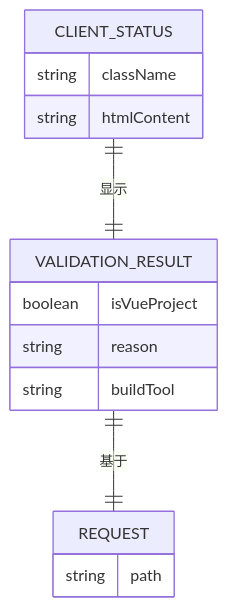
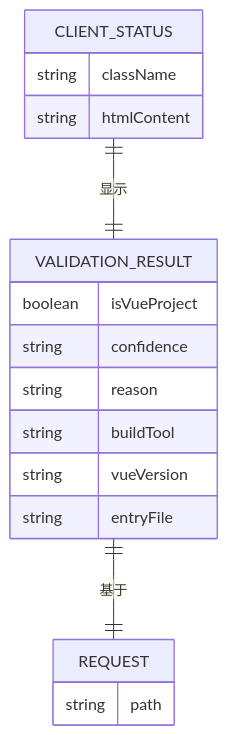
One commit to itszzl-sudo/iris changed the fifth of 7 diagrams in .qoder/repowiki/zh/content/API参考手册/验证API端点详细说明.md. Above: the diagram before and after it, drawn with Mermaid. The commit also changed other lines of this file and 5 other files, not shown here.

````diff
--- a/.qoder/repowiki/zh/content/API参考手册/验证API端点详细说明.md
+++ b/.qoder/repowiki/zh/content/API参考手册/验证API端点详细说明.md
@@ -225,17 +259,20 @@
 ```mermaid
 erDiagram
 VALIDATION_RESULT {
 boolean isVueProject
+string confidence
 string reason
 string buildTool
+string vueVersion
+string entryFile
 }
 REQUEST {
 string path
 }
 CLIENT_STATUS {
 string className
 string htmlContent
 }
 VALIDATION_RESULT ||--|| REQUEST : "基于"
 CLIENT_STATUS ||--|| VALIDATION_RESULT : "显示"
 ```
````
